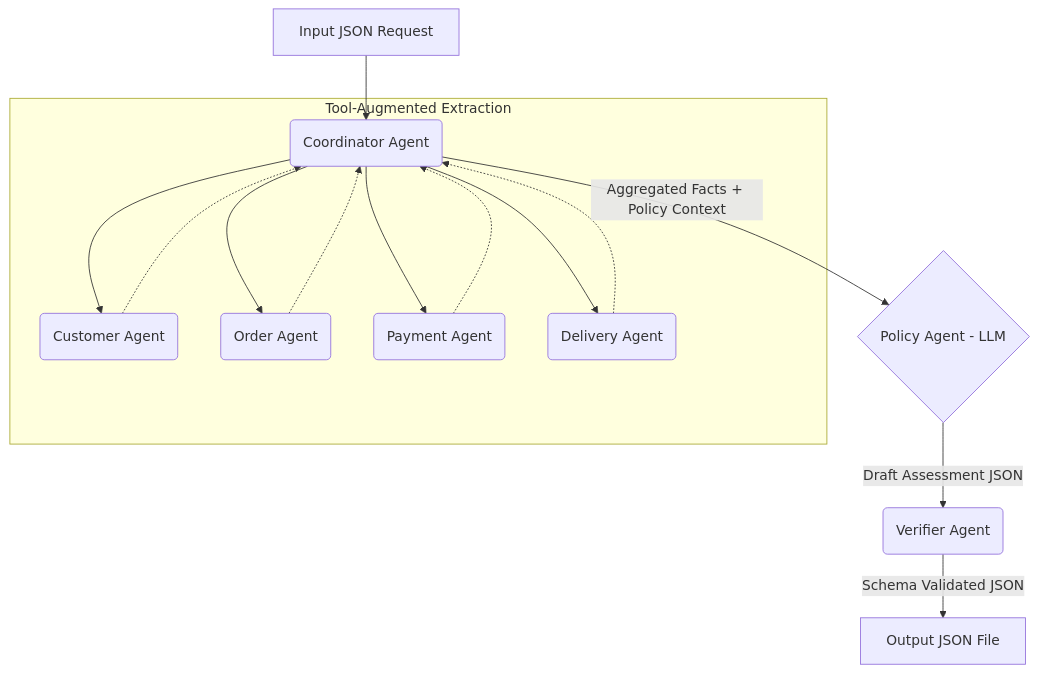
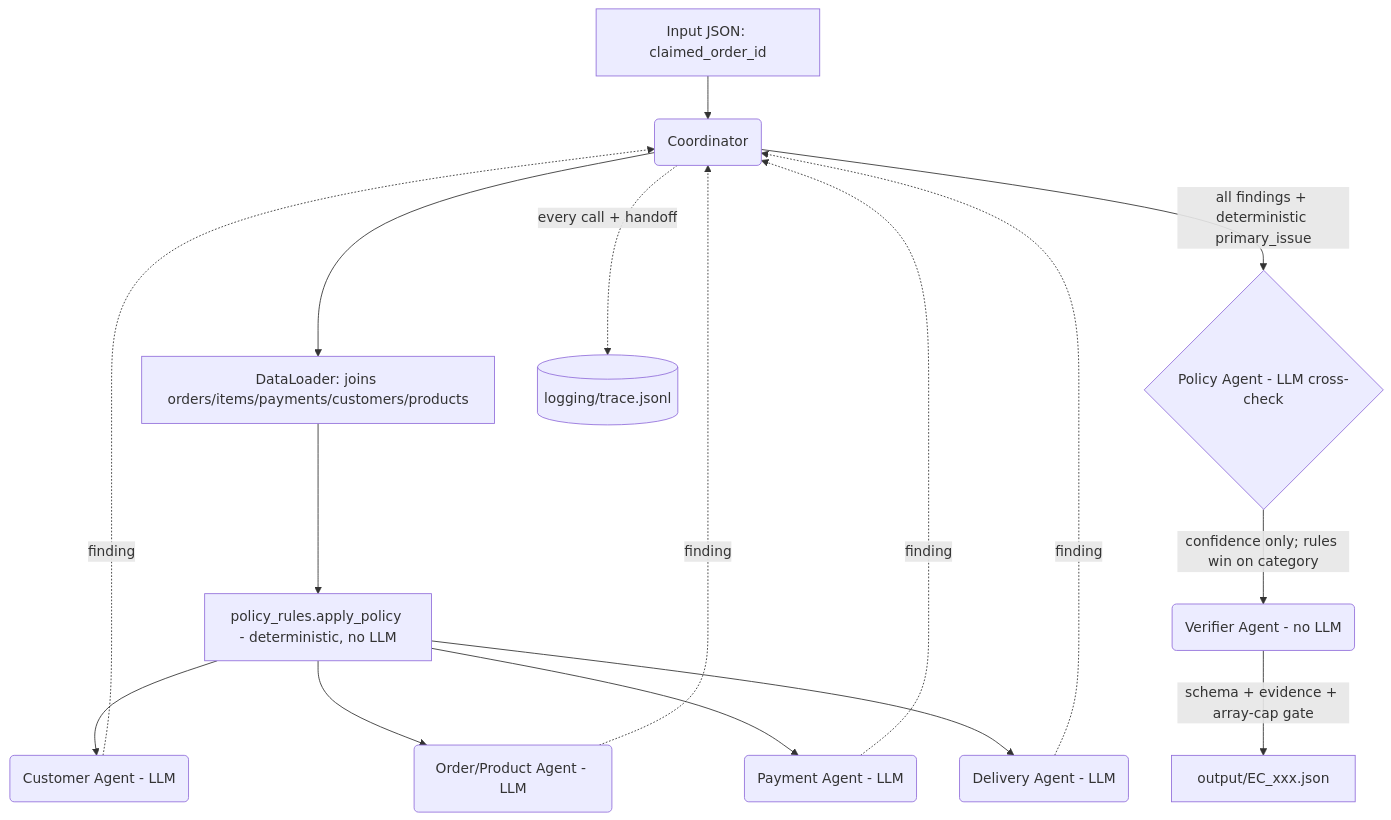
The diagram in architecture.md (hoangthcslt/K4-DAY9-Multi-Agent-A2A-ABCD), drawn with Mermaid before and after one commit. The commit also changed other lines of this file and 69 other files, not shown here.

````diff
--- a/architecture.md
+++ b/architecture.md
@@ -7,20 +18,23 @@
 ```mermaid
 graph TD
-    A[Input JSON Request] --> C(Coordinator Agent)
-    
-    subgraph Domain Agents [Tool-Augmented Extraction]
-        C --> C1(Customer Agent)
-        C --> C2(Order Agent)
-        C --> C3(Payment Agent)
-        C --> C4(Delivery Agent)
-    end
-    
-    C1 -.-> C
-    C2 -.-> C
-    C3 -.-> C
-    C4 -.-> C
-    
-    C -->|Aggregated Facts + Policy Context| P{Policy Agent - LLM}
-    P -->|Draft Assessment JSON| V(Verifier Agent)
-    V -->|Schema Validated JSON| O[Output JSON File]
+    A[Input JSON: claimed_order_id] --> C(Coordinator)
+
+    C --> DL[DataLoader: joins orders/items/payments/customers/products]
+    DL --> PR[policy_rules.apply_policy - deterministic, no LLM]
+
+    PR --> C1(Customer Agent - LLM)
+    PR --> C2(Order/Product Agent - LLM)
+    PR --> C3(Payment Agent - LLM)
+    PR --> C4(Delivery Agent - LLM)
+
+    C1 -.finding.-> C
+    C2 -.finding.-> C
+    C3 -.finding.-> C
+    C4 -.finding.-> C
+
+    C -->|all findings + deterministic primary_issue| P{Policy Agent - LLM cross-check}
+    P -->|confidence only; rules win on category| V(Verifier Agent - no LLM)
+    V -->|schema + evidence + array-cap gate| O[output/EC_xxx.json]
+
+    C -. every call + handoff .-> T[(logging/trace.jsonl)]
 ```
````
